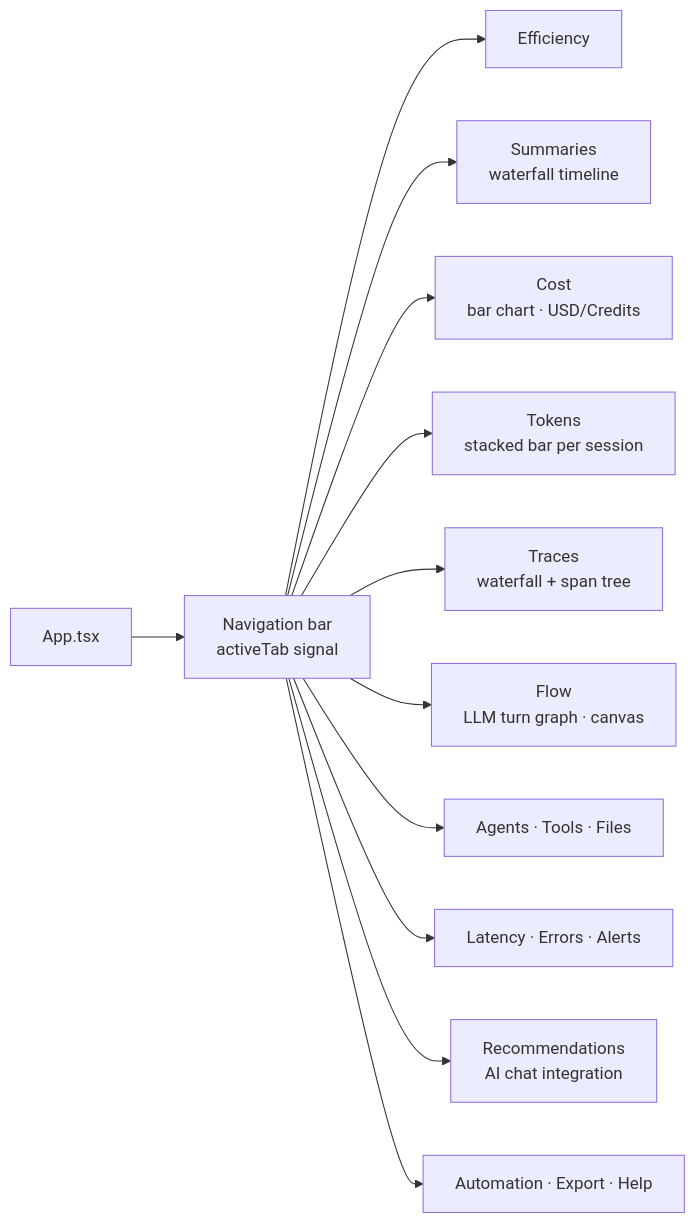
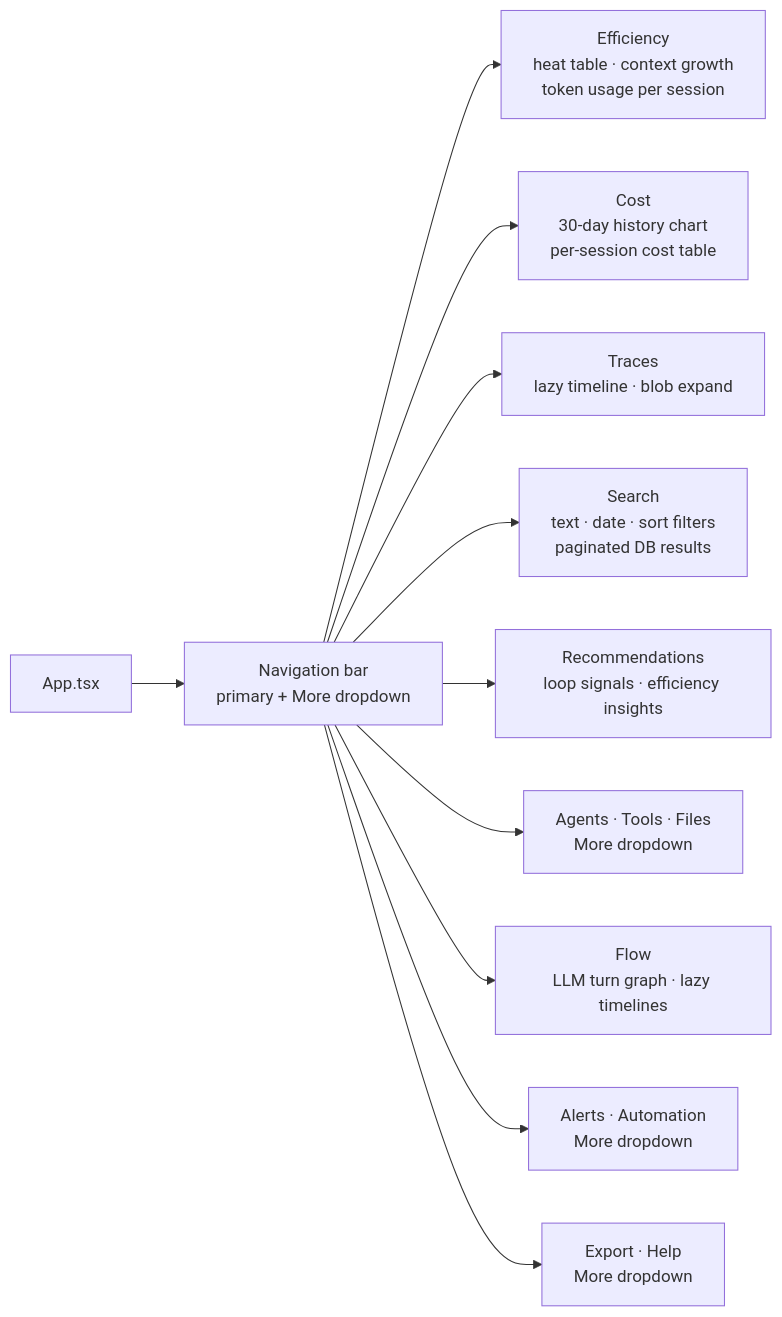
One commit to RogerReed/agentlens changed diagram 13 of 18 in ARCHITECTURE.md. Above: the diagram before and after it, drawn with Mermaid. The commit also changed other lines of this file, not shown here.

Commit message:
docs: rewrite ARCHITECTURE.md for phases 1–4 (SQLite storage, analytics, tab changes)

````diff
--- a/ARCHITECTURE.md
+++ b/ARCHITECTURE.md
@@ -396,14 +569,14 @@
 ```mermaid
 graph LR
-    APP[App.tsx] --> NAV[Navigation bar\nactiveTab signal]
-    NAV --> T1[Efficiency]
-    NAV --> T2[Summaries\nwaterfall timeline]
-    NAV --> T3[Cost\nbar chart · USD/Credits]
-    NAV --> T4[Tokens\nstacked bar per session]
-    NAV --> T5[Traces\nwaterfall + span tree]
-    NAV --> T6[Flow\nLLM turn graph · canvas]
-    NAV --> T7[Agents · Tools · Files]
-    NAV --> T8[Latency · Errors · Alerts]
-    NAV --> T9[Recommendations\nAI chat integration]
-    NAV --> T10[Automation · Export · Help]
+    APP[App.tsx] --> NAV[Navigation bar<br/>primary + More dropdown]
+
+    NAV --> T1[Efficiency<br/>heat table · context growth<br/>token usage per session]
+    NAV --> T2[Cost<br/>30-day history chart<br/>per-session cost table]
+    NAV --> T3[Traces<br/>lazy timeline · blob expand]
+    NAV --> T4[Search<br/>text · date · sort filters<br/>paginated DB results]
+    NAV --> T5[Recommendations<br/>loop signals · efficiency insights]
+    NAV --> T6[Agents · Tools · Files<br/>More dropdown]
+    NAV --> T7[Flow<br/>LLM turn graph · lazy timelines]
+    NAV --> T8[Alerts · Automation<br/>More dropdown]
+    NAV --> T9[Export · Help<br/>More dropdown]
 ```
````
